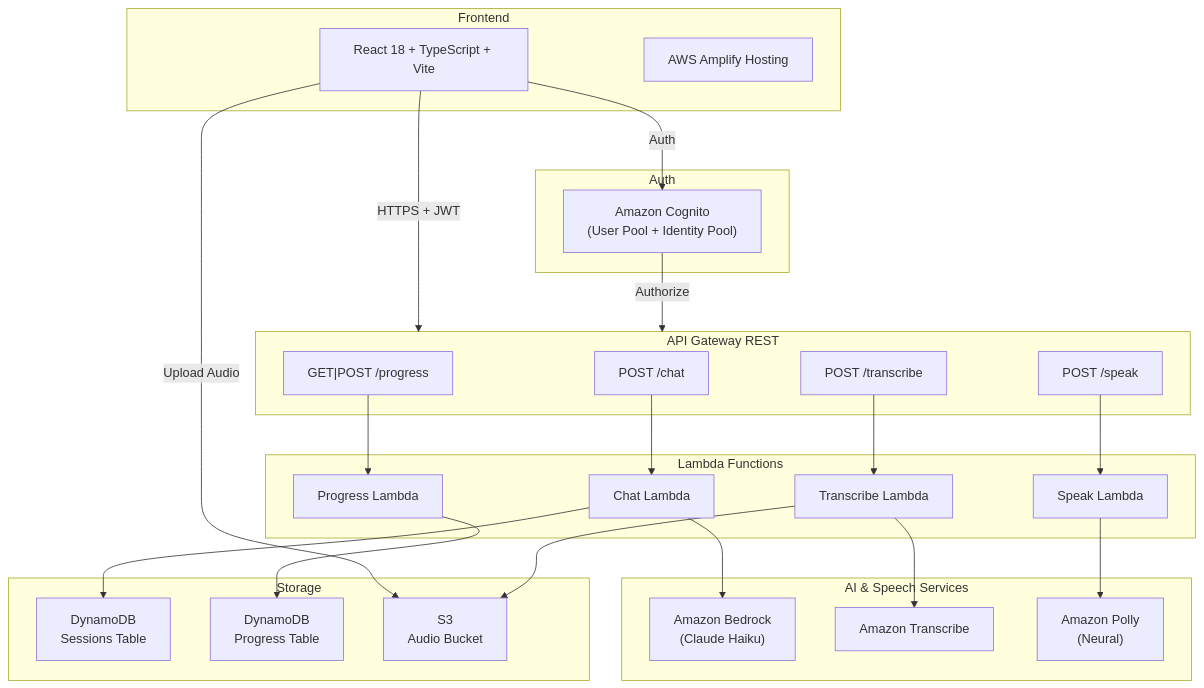
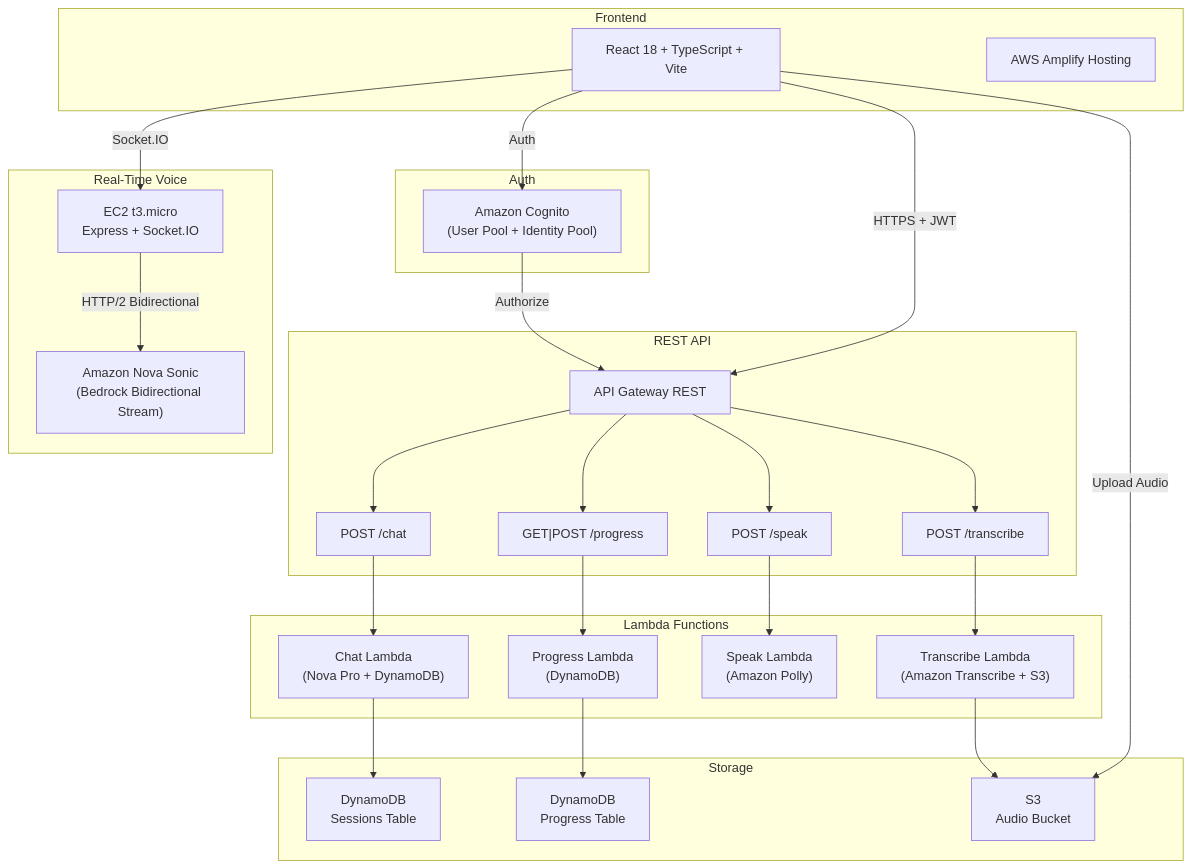
One commit to ahakimx/ahakimx.github.io changed the diagram in _posts/2026-03-17-building-an-ai-powered-english-interview-prep-app-—-a-complete-technical-deep-dive.md. Above: the diagram before and after it, drawn with Mermaid. The commit also changed other lines of this file, not shown here.

````diff
--- a/_posts/2026-03-17-building-an-ai-powered-english-interview-prep-app-—-a-complete-technical-deep-dive.md
+++ b/_posts/2026-03-17-building-an-ai-powered-english-interview-prep-app-—-a-complete-technical-deep-dive.md
@@ -160,54 +165,53 @@
 ```mermaid
 graph TB
     subgraph Frontend
         React["React 18 + TypeScript + Vite"]
         Amplify["AWS Amplify Hosting"]
     end
 
     subgraph Auth
         Cognito["Amazon Cognito<br/>(User Pool + Identity Pool)"]
     end
 
-    subgraph API["API Gateway REST"]
+    subgraph "REST API"
+        APIGW["API Gateway REST"]
         Chat_EP["POST /chat"]
         Transcribe_EP["POST /transcribe"]
         Speak_EP["POST /speak"]
         Progress_EP["GET|POST /progress"]
     end
 
     subgraph Lambda["Lambda Functions"]
-        ChatFn["Chat Lambda"]
-        TranscribeFn["Transcribe Lambda"]
-        SpeakFn["Speak Lambda"]
-        ProgressFn["Progress Lambda"]
+        ChatFn["Chat Lambda<br/>(Nova Pro + DynamoDB)"]
+        TranscribeFn["Transcribe Lambda<br/>(Amazon Transcribe + S3)"]
+        SpeakFn["Speak Lambda<br/>(Amazon Polly)"]
+        ProgressFn["Progress Lambda<br/>(DynamoDB)"]
     end
 
-    subgraph AI["AI & Speech Services"]
-        Bedrock["Amazon Bedrock<br/>(Claude Haiku)"]
-        Transcribe["Amazon Transcribe"]
-        Polly["Amazon Polly<br/>(Neural)"]
+    subgraph "Real-Time Voice"
+        EC2["EC2 t3.micro<br/>Express + Socket.IO"]
+        NovaSonic["Amazon Nova Sonic<br/>(Bedrock Bidirectional Stream)"]
     end
 
     subgraph Storage
         DynamoDB_S["DynamoDB<br/>Sessions Table"]
         DynamoDB_P["DynamoDB<br/>Progress Table"]
         S3["S3<br/>Audio Bucket"]
     end
 
-    React -->|HTTPS + JWT| API
+    React -->|HTTPS + JWT| APIGW
+    React -->|Socket.IO| EC2
     React -->|Auth| Cognito
     React -->|Upload Audio| S3
-    Cognito -->|Authorize| API
+    Cognito -->|Authorize| APIGW
 
-    Chat_EP --> ChatFn
-    Transcribe_EP --> TranscribeFn
-    Speak_EP --> SpeakFn
-    Progress_EP --> ProgressFn
+    APIGW --> Chat_EP --> ChatFn
+    APIGW --> Transcribe_EP --> TranscribeFn
+    APIGW --> Speak_EP --> SpeakFn
+    APIGW --> Progress_EP --> ProgressFn
 
-    ChatFn --> Bedrock
+    EC2 -->|HTTP/2 Bidirectional| NovaSonic
     ChatFn --> DynamoDB_S
-    TranscribeFn --> Transcribe
     TranscribeFn --> S3
-    SpeakFn --> Polly
     ProgressFn --> DynamoDB_P
 ```
````
